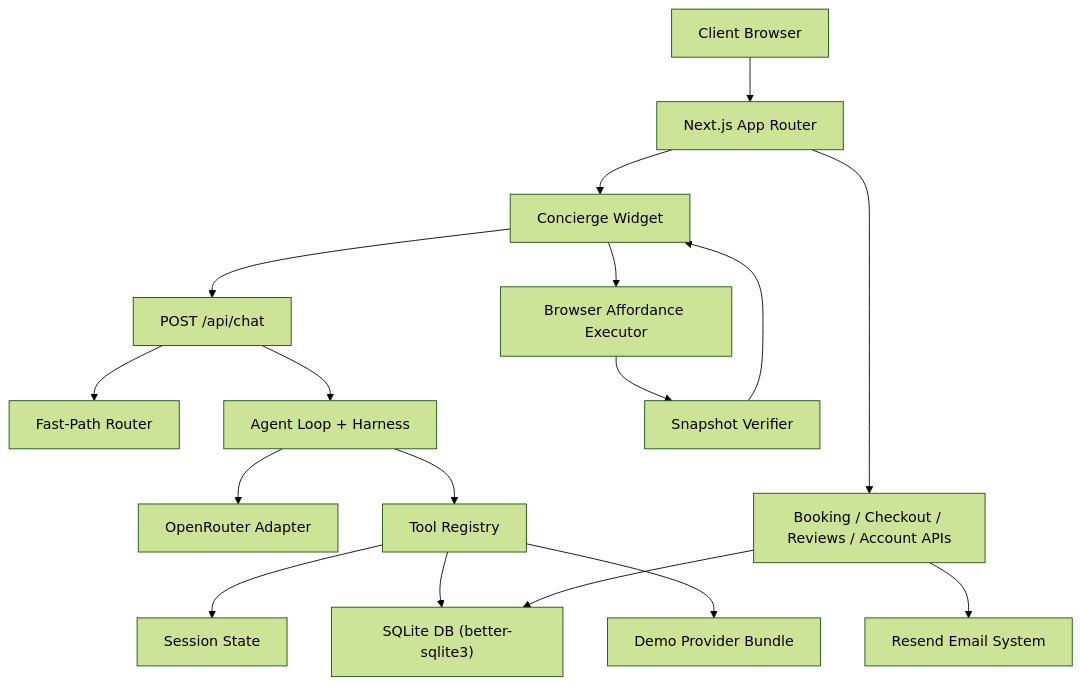
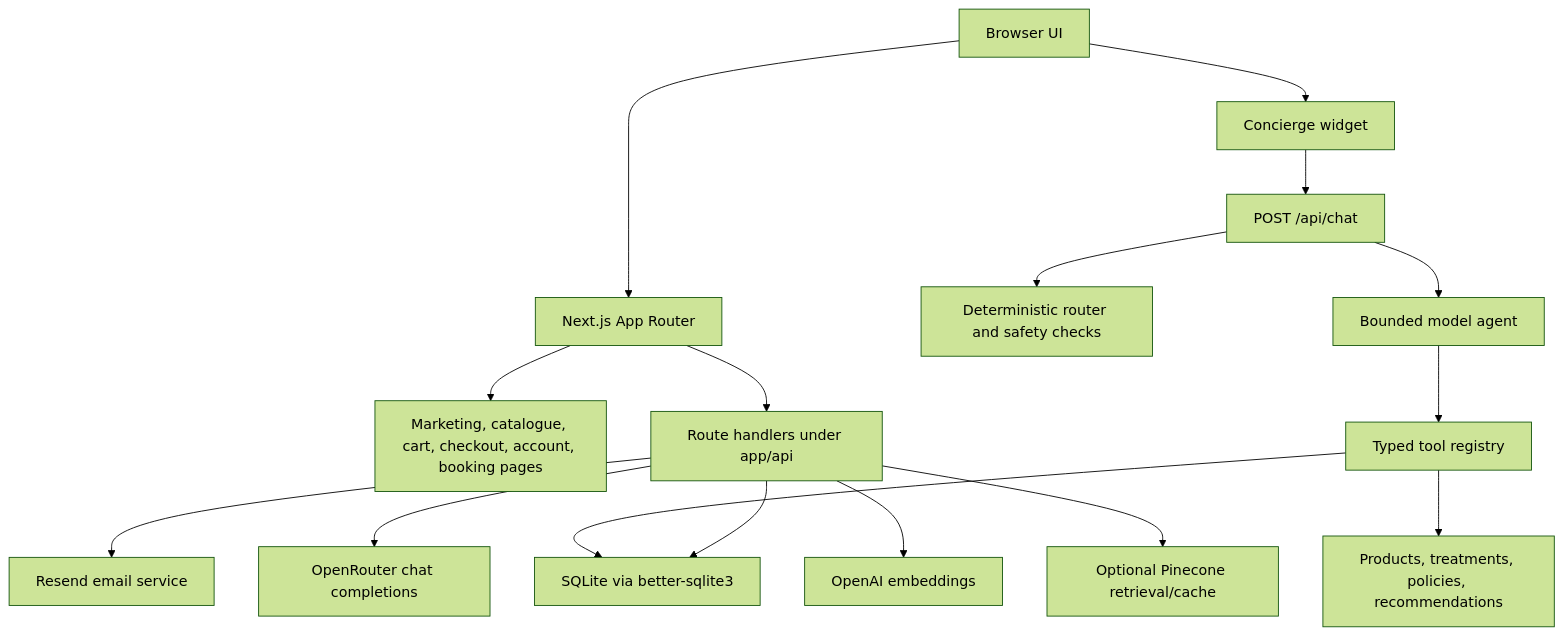
The first of 2 diagrams in README.md (Protagonist01/clear-skin-concierge-site), drawn with Mermaid (forest theme) before and after one commit. The commit also changed other lines of this file, not shown here.

````diff
--- a/README.md
+++ b/README.md
@@ -82,19 +66,20 @@
 ```mermaid
 flowchart TD
-  U["Client Browser"] --> W["Next.js App Router"]
-  W --> C["Concierge Widget"]
-  C --> A["POST /api/chat"]
-  A --> F["Fast-Path Router"]
-  A --> L["Agent Loop + Harness"]
-  L --> O["OpenRouter Adapter"]
-  L --> T["Tool Registry"]
-  T --> S["Session State"]
-  T --> D["SQLite DB (better-sqlite3)"]
-  T --> P["Demo Provider Bundle"]
-  C --> R["Browser Affordance Executor"]
-  R --> V["Snapshot Verifier"]
-  V --> C
-  W --> B["Booking / Checkout / Reviews / Account APIs"]
-  B --> D
-  B --> E["Resend Email System"]
+  Browser["Browser UI"] --> App["Next.js App Router"]
+  App --> Pages["Marketing, catalogue, cart, checkout, account, booking pages"]
+  App --> Api["Route handlers under app/api"]
+
+  Api --> Db["SQLite via better-sqlite3"]
+  Api --> Email["Resend email service"]
+  Api --> Ai["OpenRouter chat completions"]
+  Api --> Embeddings["OpenAI embeddings"]
+  Api --> Pinecone["Optional Pinecone retrieval/cache"]
+
+  Browser --> ConciergeUi["Concierge widget"]
+  ConciergeUi --> ChatApi["POST /api/chat"]
+  ChatApi --> Router["Deterministic router and safety checks"]
+  ChatApi --> Agent["Bounded model agent"]
+  Agent --> Tools["Typed tool registry"]
+  Tools --> Catalog["Products, treatments, policies, recommendations"]
+  Tools --> Db
 ```
````
